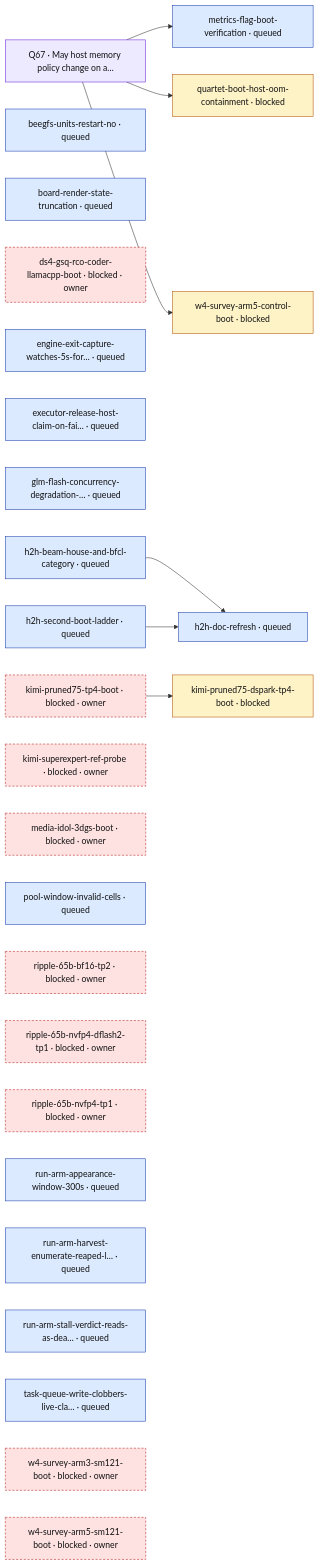
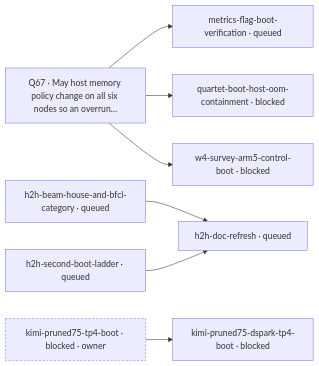
The diagram in mad-science/STATUS.md (littlecedar/sparkrun-recipe-registry), drawn with Mermaid before and after one commit. The commit also changed other lines of this file, not shown here.

Commit message:
Board: 19:57 census, and the graph re-rendered from the theme-neutral tool

````diff
--- a/mad-science/STATUS.md
+++ b/mad-science/STATUS.md
@@ -16,43 +14,20 @@
 ```mermaid
 flowchart LR
-  %% 12 blocked, 3 edges, 9 prose-gated, 2 question-gated, 1 question
-  q67["Q67 · May host memory policy change on a…"]:::question
-  t1["beegfs-units-restart-no · queued"]:::queued
-  t2["board-render-state-truncation · queued"]:::queued
-  t3["ds4-gsq-rco-coder-llamacpp-boot · blocked · owner"]:::no-recorded-edge
-  t4["engine-exit-capture-watches-5s-for… · queued"]:::queued
-  t5["executor-release-host-claim-on-fai… · queued"]:::queued
-  t6["glm-flash-concurrency-degradation-… · queued"]:::queued
-  t7["h2h-beam-house-and-bfcl-category · queued"]:::queued
-  t8["h2h-doc-refresh · queued"]:::queued
-  t9["h2h-second-boot-ladder · queued"]:::queued
-  t10["kimi-pruned75-dspark-tp4-boot · blocked"]:::blocked
-  t11["kimi-pruned75-tp4-boot · blocked · owner"]:::no-recorded-edge
-  t12["kimi-superexpert-ref-probe · blocked · owner"]:::no-recorded-edge
-  t13["media-idol-3dgs-boot · blocked · owner"]:::no-recorded-edge
-  t14["metrics-flag-boot-verification · queued"]:::queued
-  t15["pool-window-invalid-cells · queued"]:::queued
-  t16["quartet-boot-host-oom-containment · blocked"]:::blocked
-  t17["ripple-65b-bf16-tp2 · blocked · owner"]:::no-recorded-edge
-  t18["ripple-65b-nvfp4-dflash2-tp1 · blocked · owner"]:::no-recorded-edge
-  t19["ripple-65b-nvfp4-tp1 · blocked · owner"]:::no-recorded-edge
-  t20["run-arm-appearance-window-300s · queued"]:::queued
-  t21["run-arm-harvest-enumerate-reaped-l… · queued"]:::queued
-  t22["run-arm-stall-verdict-reads-as-dea… · queued"]:::queued
-  t23["task-queue-write-clobbers-live-cla… · queued"]:::queued
-  t24["w4-survey-arm3-sm121-boot · blocked · owner"]:::no-recorded-edge
-  t25["w4-survey-arm5-control-boot · blocked"]:::blocked
-  t26["w4-survey-arm5-sm121-boot · blocked · owner"]:::no-recorded-edge
-  q67 --> t14
-  q67 --> t16
-  q67 --> t25
-  t7 --> t8
-  t9 --> t8
-  t11 --> t10
-  classDef queued fill:#dbeafe,stroke:#1e40af,color:#111
-  classDef blocked fill:#fef3c7,stroke:#b45309,color:#111
-  classDef running fill:#dcfce7,stroke:#15803d,color:#111
-  classDef done fill:#e5e7eb,stroke:#6b7280,color:#111
-  classDef question fill:#ede9fe,stroke:#6d28d9,color:#111
-  classDef no-recorded-edge fill:#fee2e2,stroke:#b91c1c,stroke-dasharray: 4 3,color:#111
+  %% 12 blocked, 3 edges, 9 prose-gated, 2 question-gated, 1 question, 18 rows not drawn (--all)
+  q67["Q67 · May host memory policy change on all six nodes so an overrun…"]
+  t1["h2h-beam-house-and-bfcl-category · queued"]
+  t2["h2h-doc-refresh · queued"]
+  t3["h2h-second-boot-ladder · queued"]
+  t4["kimi-pruned75-dspark-tp4-boot · blocked"]
+  t5["kimi-pruned75-tp4-boot · blocked · owner"]:::no-recorded-edge
+  t6["metrics-flag-boot-verification · queued"]
+  t7["quartet-boot-host-oom-containment · blocked"]
+  t8["w4-survey-arm5-control-boot · blocked"]
+  q67 --> t6
+  q67 --> t7
+  q67 --> t8
+  t1 --> t2
+  t3 --> t2
+  t5 --> t4
+  classDef no-recorded-edge stroke-dasharray: 4 3
 ```
````
